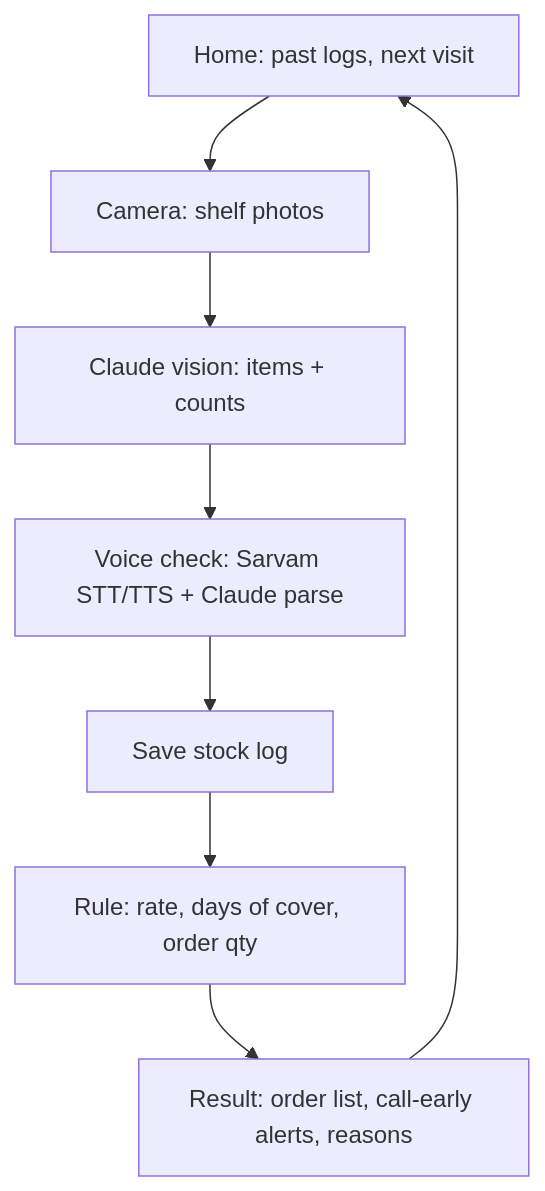
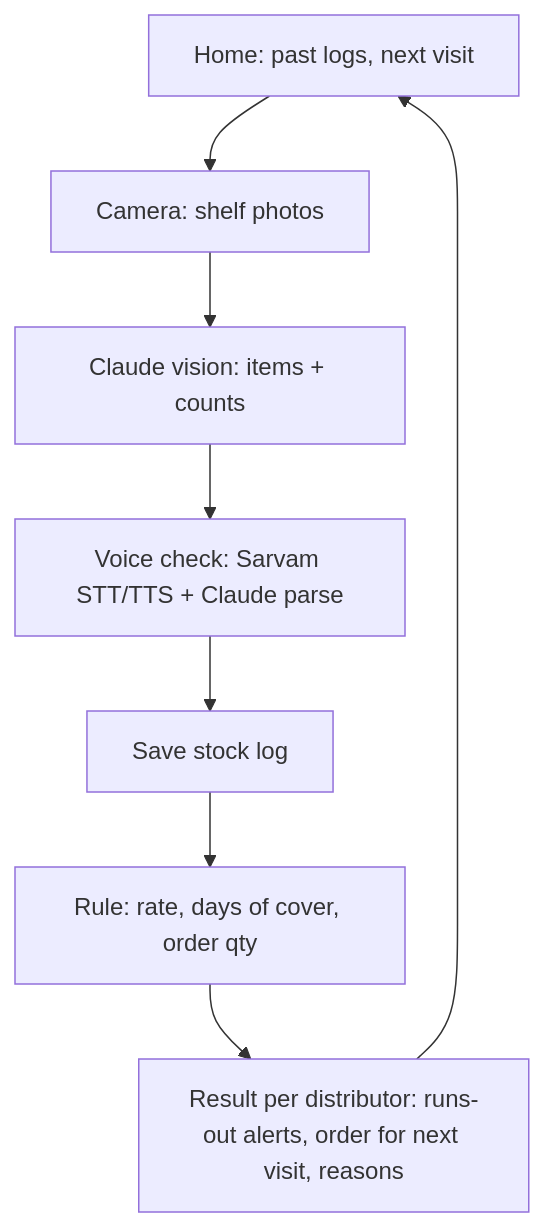
Before and after one commit to Alafazam/kiranaQ: the diagram in specs/2026-11-22-kiranaq-stock-log/spec.md, drawn with Mermaid. The commit also changed other lines of this file and 1 other file, not shown here.

Commit message:
docs(spec): per-distributor cycles, alerts and orders

````diff
--- a/specs/2026-11-22-kiranaq-stock-log/spec.md
+++ b/specs/2026-11-22-kiranaq-stock-log/spec.md
@@ -24,10 +28,10 @@
 ```mermaid
 flowchart TD
   H[Home: past logs, next visit] --> P[Camera: shelf photos]
   P --> V[Claude vision: items + counts]
   V --> C[Voice check: Sarvam STT/TTS + Claude parse]
   C --> S[Save stock log]
   S --> R[Rule: rate, days of cover, order qty]
-  R --> O[Result: order list, call-early alerts, reasons]
+  R --> O[Result per distributor: runs-out alerts, order for next visit, reasons]
   O --> H
 ```
````
